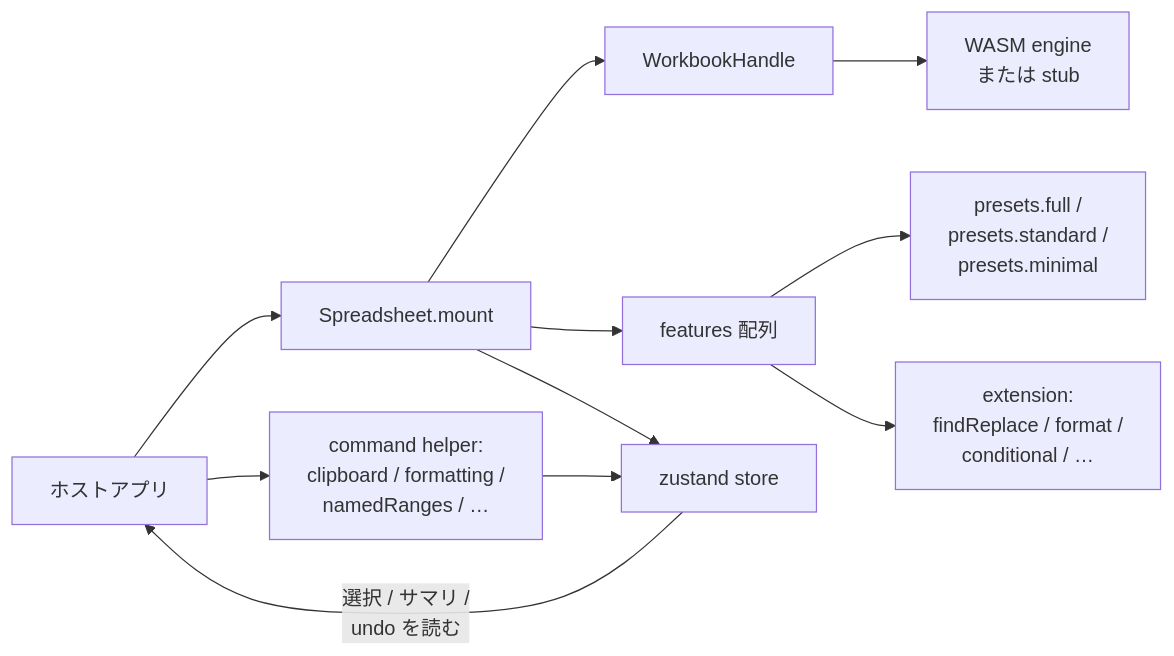
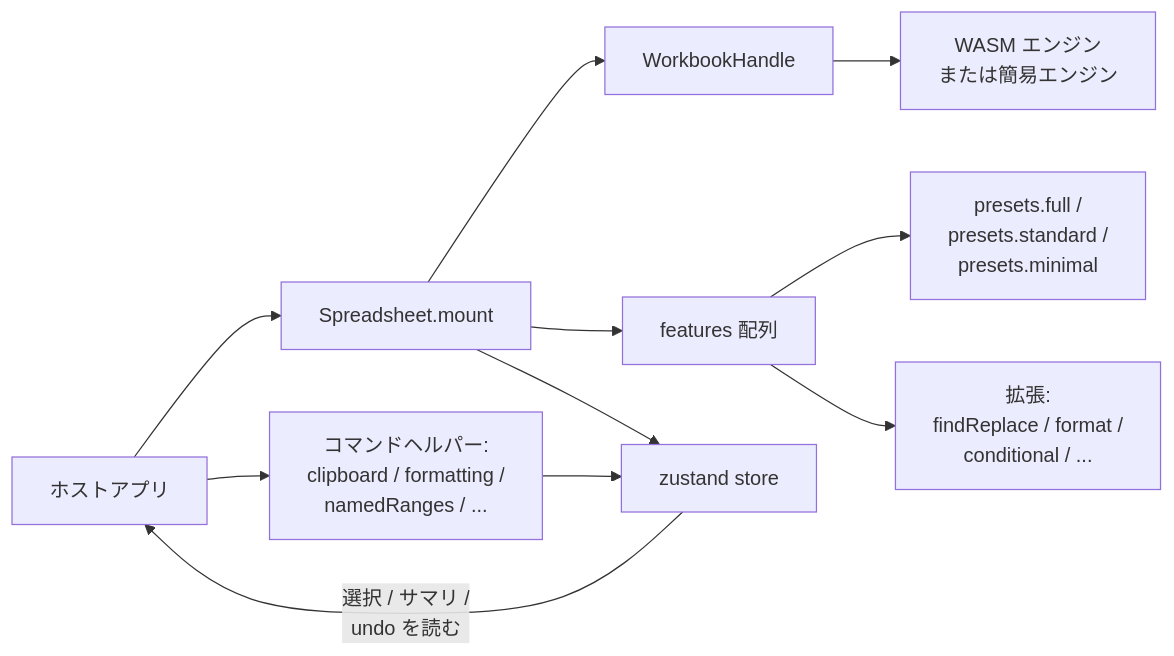
Before and after one commit to libraz/formulon-homepage: the diagram in src/ja/cell/embedding.md, drawn with Mermaid. The commit also changed other lines of this file and 49 other files, not shown here.

````diff
--- a/src/ja/cell/embedding.md
+++ b/src/ja/cell/embedding.md
@@ -16,13 +16,13 @@
 ```mermaid
 flowchart LR
   HOST[ホストアプリ] --> MOUNT[Spreadsheet.mount]
   MOUNT --> WB[WorkbookHandle]
-  WB --> ENGINE[WASM engine<br/>または stub]
+  WB --> ENGINE[WASM エンジン<br/>または簡易エンジン]
   MOUNT --> FEAT[features 配列]
   FEAT --> P[presets.full /<br/>presets.standard /<br/>presets.minimal]
-  FEAT --> EXT[extension:<br/>findReplace / format /<br/>conditional / …]
+  FEAT --> EXT[拡張:<br/>findReplace / format /<br/>conditional / ...]
   MOUNT --> STORE[zustand store]
   STORE -->|選択 / サマリ /<br/>undo を読む| HOST
-  HOST --> CMD[command helper:<br/>clipboard / formatting /<br/>namedRanges / …]
+  HOST --> CMD[コマンドヘルパー:<br/>clipboard / formatting /<br/>namedRanges / ...]
   CMD --> STORE
 ```
````
